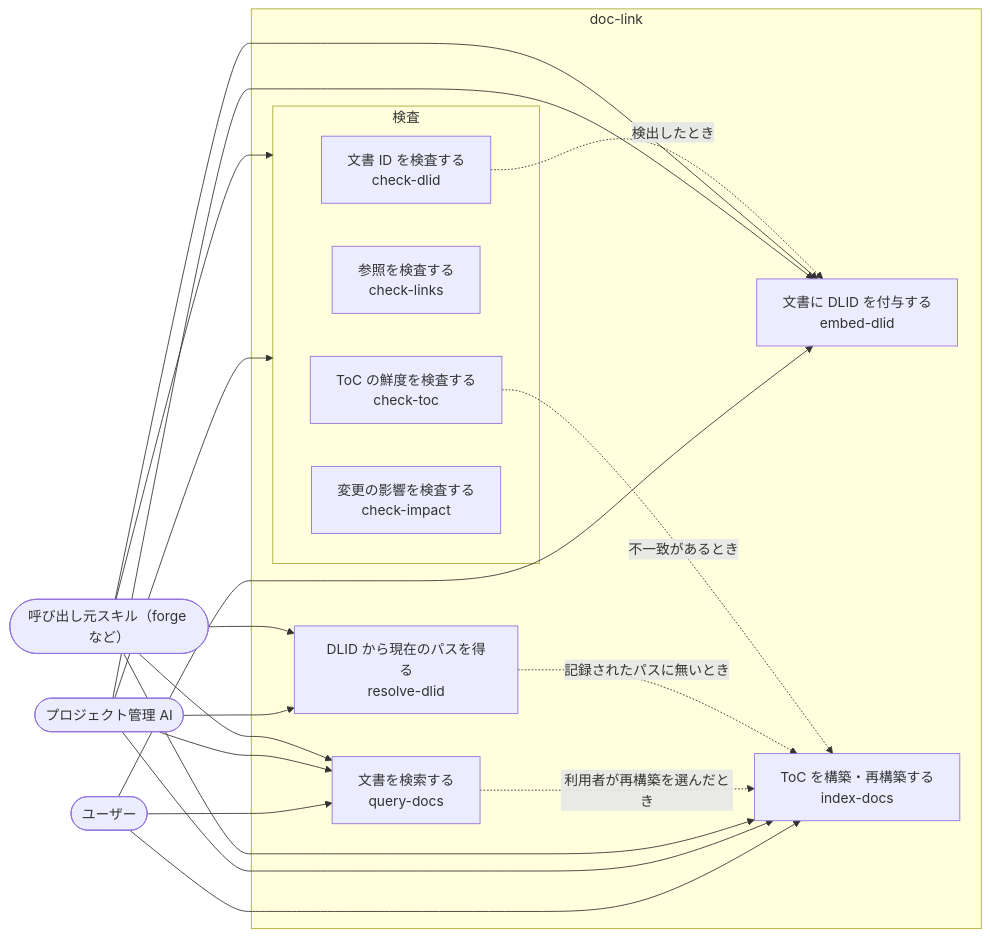
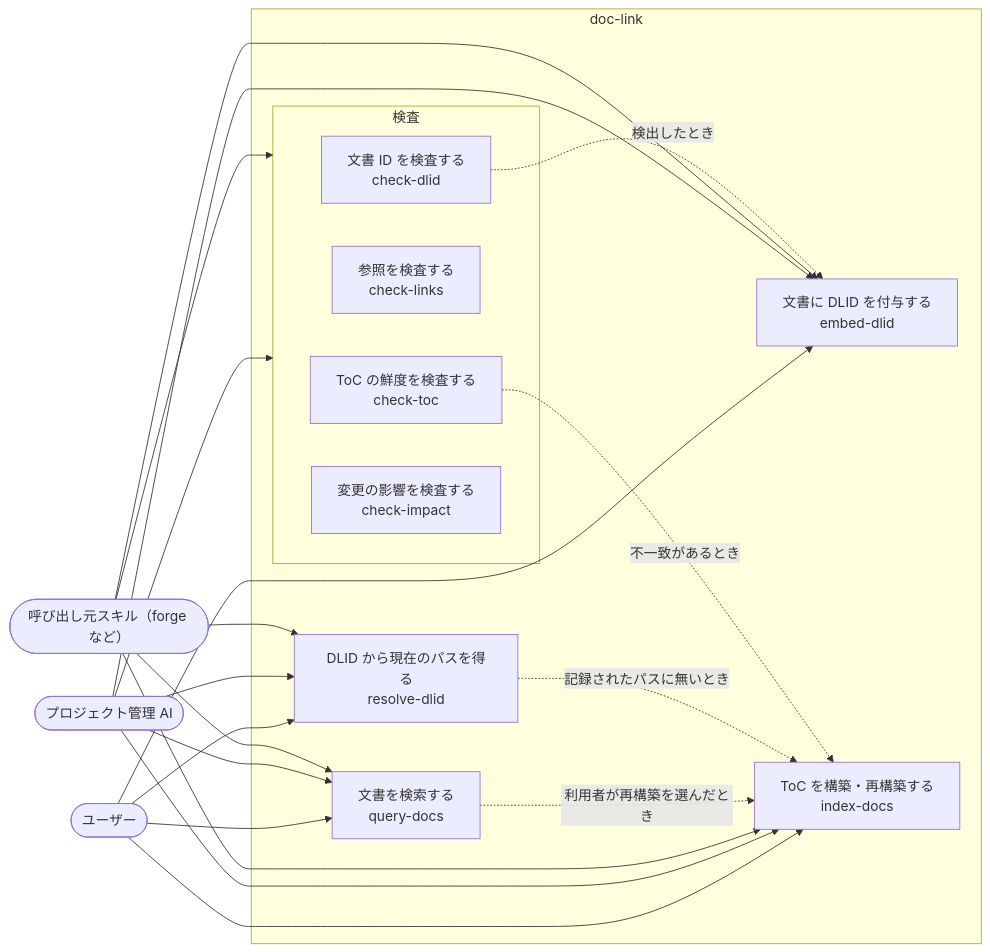
The first of 9 diagrams in docs/specs/design/DES-010_skill-composition.md (BlueEventHorizon/doc-link), drawn with Mermaid before and after one commit. The commit also changed other lines of this file and 15 other files, not shown here.

````diff
--- a/docs/specs/design/DES-010_skill-composition.md
+++ b/docs/specs/design/DES-010_skill-composition.md
@@ -83,37 +83,38 @@
 ```mermaid
 flowchart LR
     User(["ユーザー"])
     PM(["プロジェクト管理 AI"])
     Caller(["呼び出し元スキル（forge など）"])
 
     subgraph DL["doc-link"]
         UC1["文書に DLID を付与する<br>embed-dlid"]
         UC2["ToC を構築・再構築する<br>index-docs"]
         UC3["文書を検索する<br>query-docs"]
         UC4["DLID から現在のパスを得る<br>resolve-dlid"]
         subgraph CHK["検査"]
             UC5["文書 ID を検査する<br>check-dlid"]
             UC6["参照を検査する<br>check-links"]
             UC7["ToC の鮮度を検査する<br>check-toc"]
             UC8["変更の影響を検査する<br>check-impact"]
         end
     end
 
     User --> UC1
     User --> UC2
     User --> UC3
+    User --> UC4
     PM --> UC1
     PM --> UC2
     PM --> UC3
     PM --> UC4
     PM --> CHK
     Caller --> UC1
     Caller --> UC2
     Caller --> UC3
     Caller --> UC4
     Caller --> CHK
     UC3 -. "利用者が再構築を選んだとき" .-> UC2
     UC4 -. "記録されたパスに無いとき" .-> UC2
     UC5 -. "検出したとき" .-> UC1
     UC7 -. "不一致があるとき" .-> UC2
 ```
````
